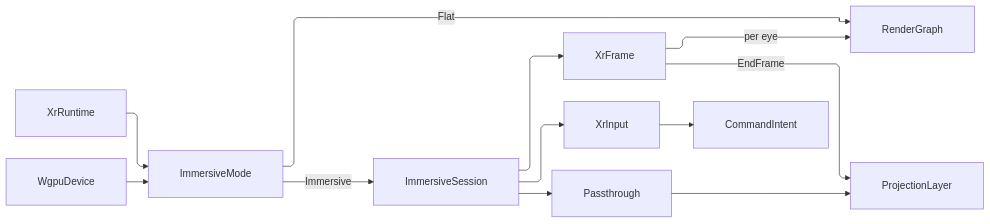
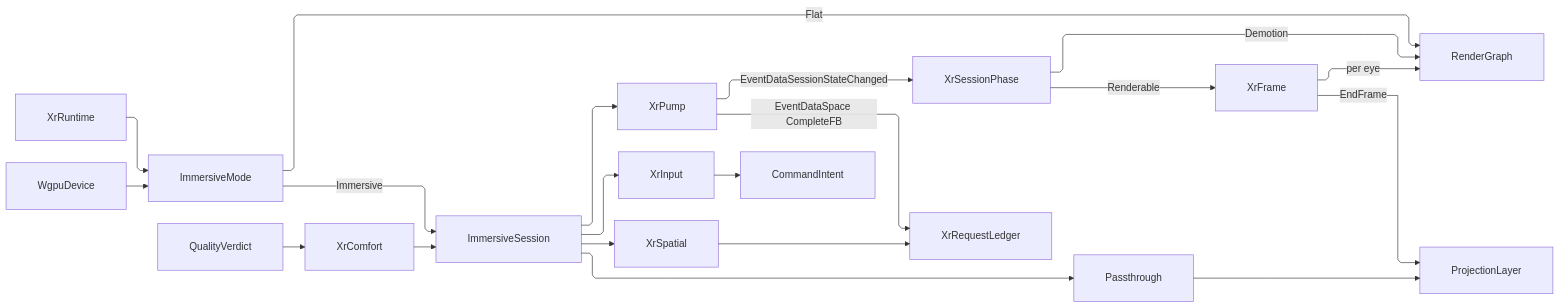
One commit to bsamiee/Rasm changed the diagram in libs/csharp/Rasm.AppUi/.planning/Render/immersive.md. Above: the diagram before and after it, drawn with Mermaid. The commit also changed other lines of this file and 693 other files, not shown here.

````diff
--- a/libs/csharp/Rasm.AppUi/.planning/Render/immersive.md
+++ b/libs/csharp/Rasm.AppUi/.planning/Render/immersive.md
@@ -253,23 +1081,31 @@
 ```mermaid
 ---
 config:
   layout: elk
   flowchart:
     curve: linear
     padding: 25
 ---
 flowchart LR
-    accTitle: Immersive and flat rendering flow
-    accDescr: Runtime availability selects an OpenXR session or the flat render graph while preserving one frame receipt family.
+    accTitle: Immersive session state, frame, and spatial flow
+    accDescr: Runtime availability selects an OpenXR session or the flat render graph, the per-frame event drain publishes the session phase and retires spatial requests, and the renderable phase submits one stereo projection layer while preserving one frame receipt family.
     XrRuntime --> ImmersiveMode
     WgpuDevice --> ImmersiveMode
     ImmersiveMode -->|Immersive| ImmersiveSession
     ImmersiveMode -->|Flat| RenderGraph
-    ImmersiveSession --> XrFrame
+    ImmersiveSession --> XrPump
+    XrPump -->|EventDataSessionStateChanged| XrSessionPhase
+    XrPump -->|EventDataSpace CompleteFB| XrRequestLedger
+    XrSessionPhase -->|Renderable| XrFrame
+    XrSessionPhase -->|Demotion| RenderGraph
     XrFrame -->|per eye| RenderGraph
     XrFrame -->|EndFrame| ProjectionLayer
     ImmersiveSession --> XrInput
     XrInput --> CommandIntent
     ImmersiveSession --> Passthrough
     Passthrough --> ProjectionLayer
+    QualityVerdict --> XrComfort
+    XrComfort --> ImmersiveSession
+    XrSpatial --> XrRequestLedger
+    ImmersiveSession --> XrSpatial
 ```
````
